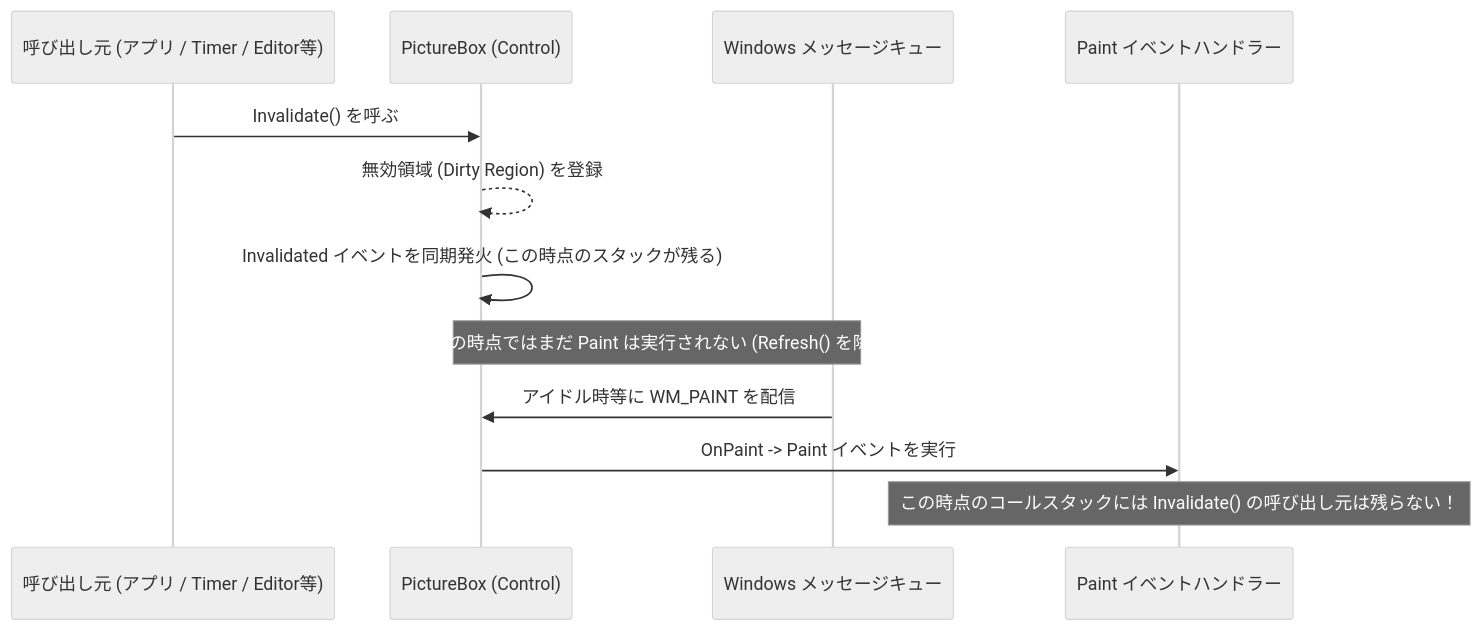
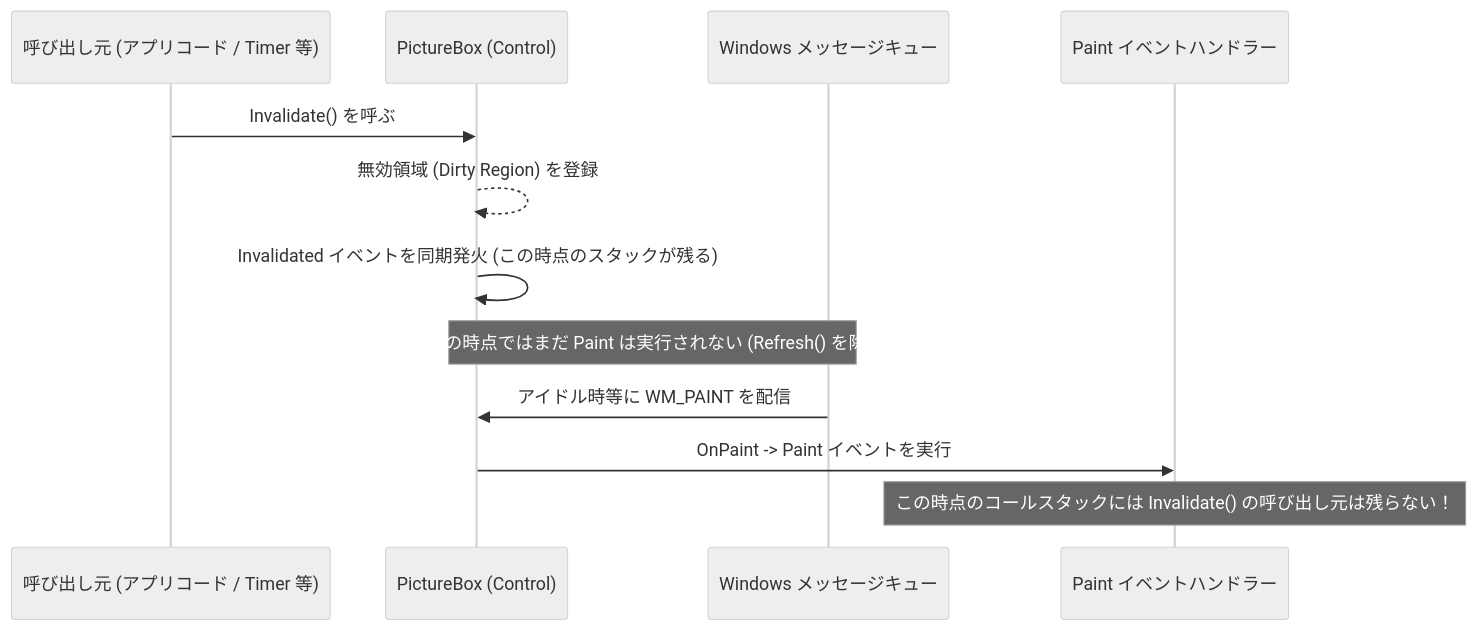
The first of 4 diagrams in docs/debugging/winforms-picturebox-paint-investigation.md (fuddt/Csharp), drawn with Mermaid (neutral theme) before and after one commit. The commit also changed other lines of this file, not shown here.

````diff
--- a/docs/debugging/winforms-picturebox-paint-investigation.md
+++ b/docs/debugging/winforms-picturebox-paint-investigation.md
@@ -259,16 +213,16 @@
 ```mermaid
 sequenceDiagram
-    participant Caller as 呼び出し元 (アプリ / Timer / Editor等)
+    participant Caller as 呼び出し元 (アプリコード / Timer 等)
     participant PB as PictureBox (Control)
     participant Queue as Windows メッセージキュー
     participant Handler as Paint イベントハンドラー
 
     Caller->>PB: Invalidate() を呼ぶ
     PB-->>PB: 無効領域 (Dirty Region) を登録
     PB->>PB: Invalidated イベントを同期発火 (この時点のスタックが残る)
     Note over PB,Queue: ※この時点ではまだ Paint は実行されない (Refresh() を除く)
 
     Queue->>PB: アイドル時等に WM_PAINT を配信
     PB->>Handler: OnPaint -> Paint イベントを実行
     Note over Handler: この時点のコールスタックには Invalidate() の呼び出し元は残らない！
 ```
````
